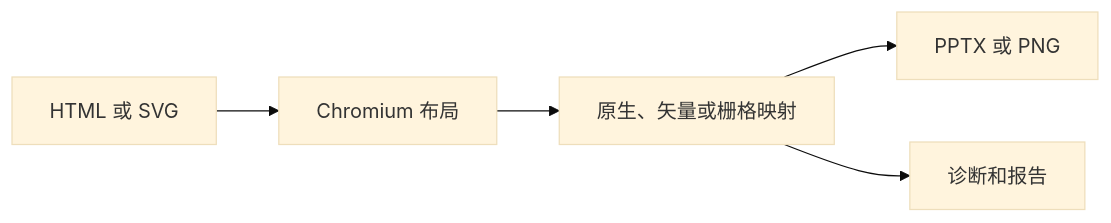
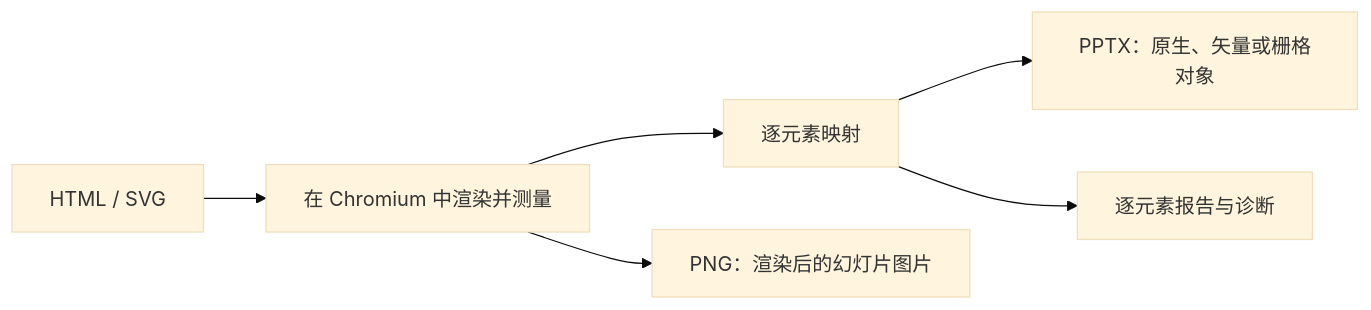
The diagram in docs/zh/deckhtml/overview.mdx (kobebryantwt/deckhtml), drawn with Mermaid (base theme) before and after one commit. The commit also changed other lines of this file and 46 other files, not shown here.

````diff
--- a/docs/zh/deckhtml/overview.mdx
+++ b/docs/zh/deckhtml/overview.mdx
@@ -18,7 +18,8 @@
 ```mermaid
 flowchart LR
-  H["HTML 或 SVG"] --> B["Chromium 布局"]
-  B --> M["原生、矢量或栅格映射"]
-  M --> P["PPTX 或 PNG"]
-  M --> R["诊断和报告"]
+  H["HTML / SVG"] --> B["在 Chromium 中渲染并测量"]
+  B --> M["逐元素映射"]
+  M --> P["PPTX：原生、矢量或栅格对象"]
+  B --> G["PNG：渲染后的幻灯片图片"]
+  M --> R["逐元素报告与诊断"]
 ```
````
